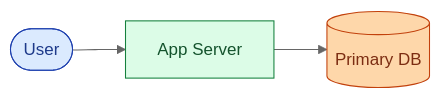
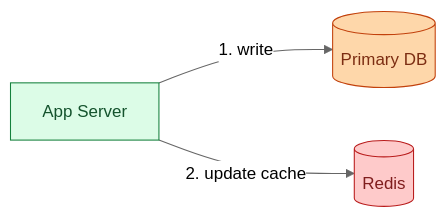
One commit to shiningflash/system-design changed the third of 13 diagrams in problems/017-read-heavy-patterns/question.md. Above: the diagram before and after it, drawn with Mermaid (neutral theme). The commit also changed other lines of this file and 37 other files, not shown here.

````diff
--- a/problems/017-read-heavy-patterns/question.md
+++ b/problems/017-read-heavy-patterns/question.md
@@ -120,9 +83,9 @@
 ```mermaid
 flowchart LR
-    U([User]):::user --> App["App Server"]:::app
-    App --> DB[("Primary DB")]:::db
+    App["App Server"]:::app -->|"1. write"| DB[("Primary DB")]:::db
+    App -->|"2. update cache"| Redis[("Redis")]:::cache
 
-    classDef user fill:#dbeafe,stroke:#1e40af,color:#1e3a8a
     classDef app fill:#dcfce7,stroke:#15803d,color:#14532d
+    classDef cache fill:#fecaca,stroke:#b91c1c,color:#7f1d1d
     classDef db fill:#fed7aa,stroke:#c2410c,color:#7c2d12
 ```
````
